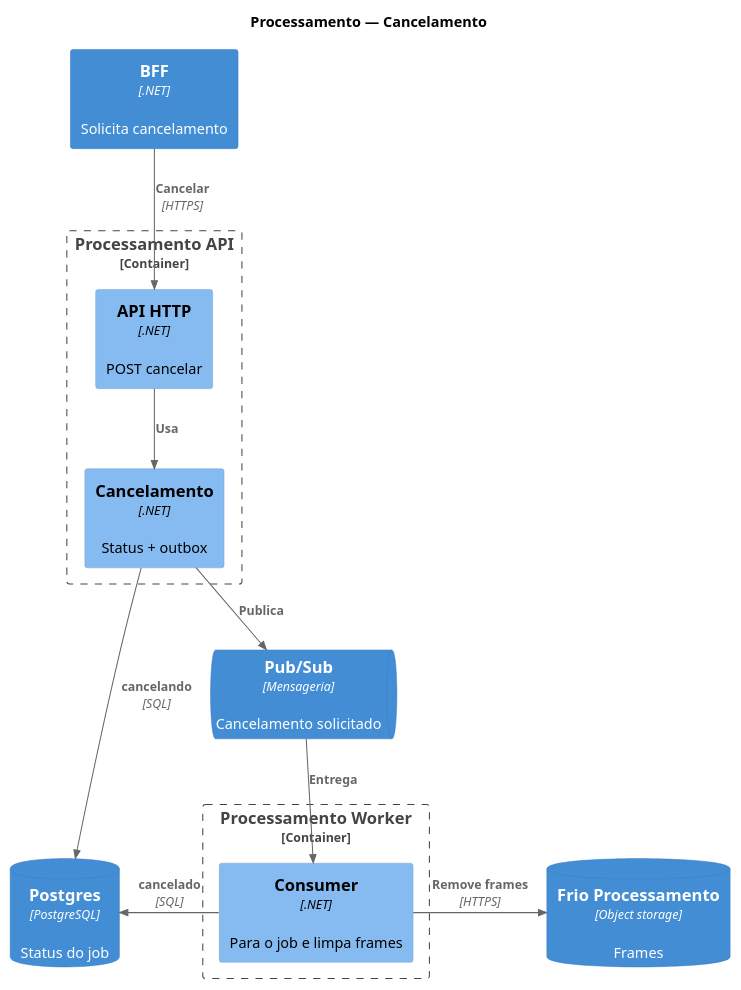
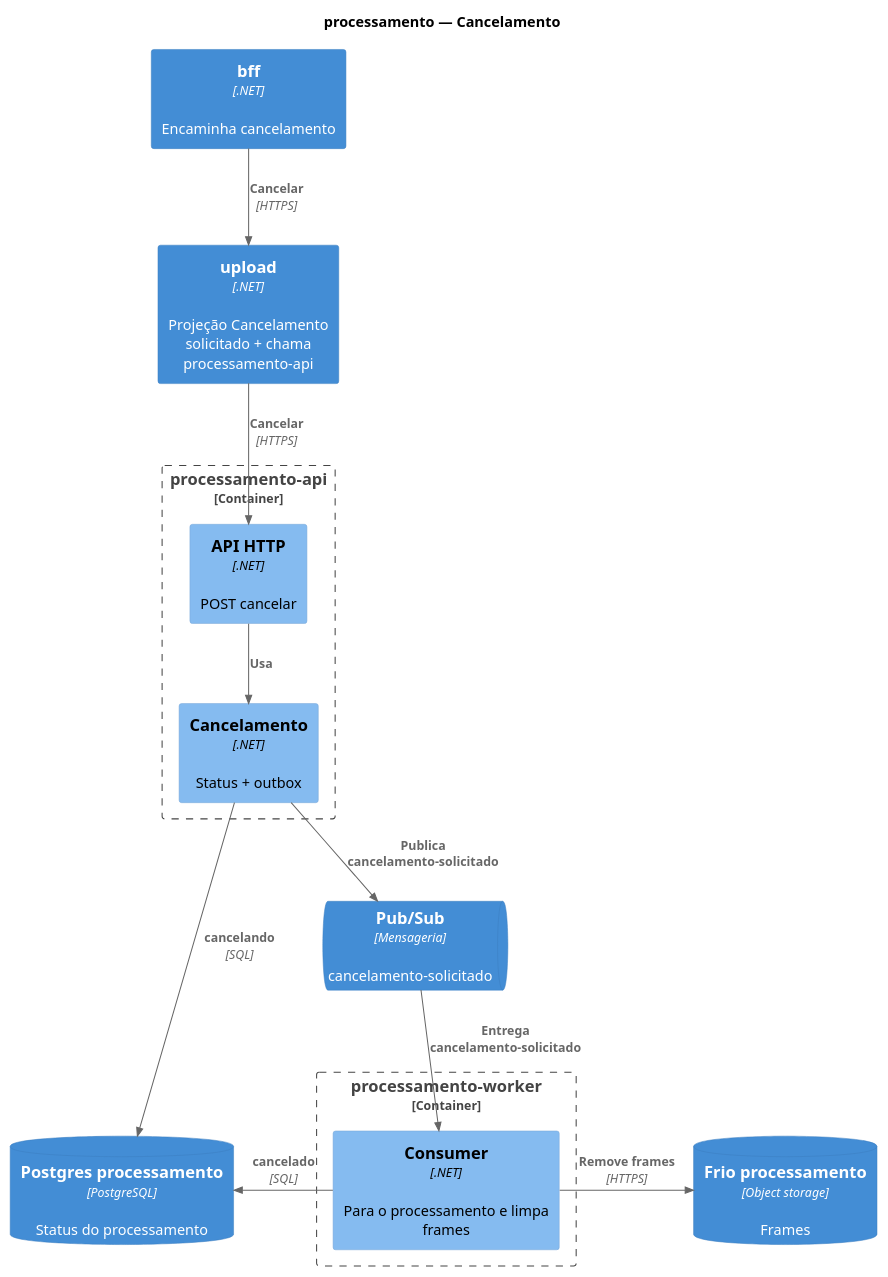
The diagram in arquitetura/08_componentes-processamento-cancelamento.puml (fiap-x-vcosta/docs), drawn with PlantUML before and after one commit. The commit also changed 38 other files, not shown here.

```diff
--- a/arquitetura/08_componentes-processamento-cancelamento.puml
+++ b/arquitetura/08_componentes-processamento-cancelamento.puml
@@ -1,33 +1,35 @@
 @startuml 08_componentes-processamento-cancelamento
 !include https://raw.githubusercontent.com/plantuml-stdlib/C4-PlantUML/master/C4_Component.puml
 
 LAYOUT_TOP_DOWN()
 HIDE_STEREOTYPE()
 
-title Processamento — Cancelamento
+title processamento — Cancelamento
 
-Container(bff, "BFF", ".NET", "Solicita cancelamento")
+Container(bff, "bff", ".NET", "Encaminha cancelamento")
+Container(upload, "upload", ".NET", "Projeção Cancelamento solicitado + chama processamento-api")
 
-Container_Boundary(procApi, "Processamento API") {
+Container_Boundary(procApi, "processamento-api") {
   Component(apiHttp, "API HTTP", ".NET", "POST cancelar")
   Component(cancel, "Cancelamento", ".NET", "Status + outbox")
 }
 
-ContainerQueue(pubsub, "Pub/Sub", "Mensageria", "Cancelamento solicitado")
+ContainerQueue(pubsub, "Pub/Sub", "Mensageria", "cancelamento-solicitado")
 
-Container_Boundary(procWorker, "Processamento Worker") {
-  Component(consumer, "Consumer", ".NET", "Para o job e limpa frames")
+Container_Boundary(procWorker, "processamento-worker") {
+  Component(consumer, "Consumer", ".NET", "Para o processamento e limpa frames")
 }
 
-ContainerDb(pgProc, "Postgres", "PostgreSQL", "Status do job")
-ContainerDb(frioProc, "Frio Processamento", "Object storage", "Frames")
+ContainerDb(pgProc, "Postgres processamento", "PostgreSQL", "Status do processamento")
+ContainerDb(frioProc, "Frio processamento", "Object storage", "Frames")
 
-Rel_D(bff, apiHttp, "Cancelar", "HTTPS")
+Rel_D(bff, upload, "Cancelar", "HTTPS")
+Rel_D(upload, apiHttp, "Cancelar", "HTTPS")
 Rel_D(apiHttp, cancel, "Usa")
-Rel_D(cancel, pubsub, "Publica")
-Rel_D(pubsub, consumer, "Entrega")
+Rel_D(cancel, pubsub, "Publica cancelamento-solicitado")
+Rel_D(pubsub, consumer, "Entrega cancelamento-solicitado")
 Rel_R(cancel, pgProc, "cancelando", "SQL")
 Rel_R(consumer, frioProc, "Remove frames", "HTTPS")
 Rel_R(consumer, pgProc, "cancelado", "SQL")
 
 @enduml
```
